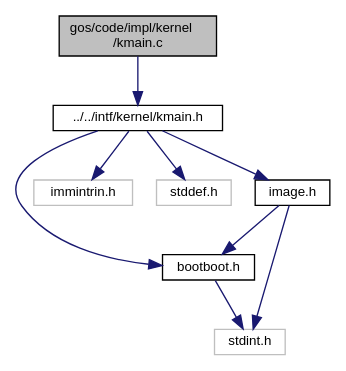
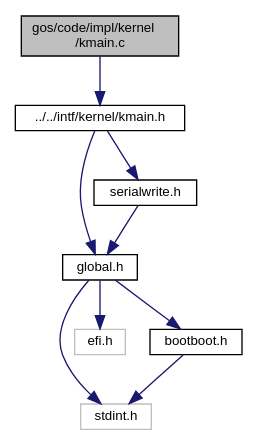
Before and after one commit to jrbuchanan02/garbage-os: the diagram in docs/kmain_8c__incl.dot, drawn with Graphviz. The commit also changed 73 other files, not shown here.

```diff
--- a/docs/kmain_8c__incl.dot
+++ b/docs/kmain_8c__incl.dot
@@ -1,22 +1,22 @@
 digraph "gos/code/impl/kernel/kmain.c"
 {
  // INTERACTIVE_SVG=YES
  // LATEX_PDF_SIZE
   edge [fontname="Helvetica",fontsize="10",labelfontname="Helvetica",labelfontsize="10"];
   node [fontname="Helvetica",fontsize="10",shape=record];
   Node1 [label="gos/code/impl/kernel\l/kmain.c",height=0.2,width=0.4,color="black", fillcolor="grey75", style="filled", fontcolor="black",tooltip="entry point for the operating system."];
   Node1 -> Node2 [color="midnightblue",fontsize="10",style="solid",fontname="Helvetica"];
   Node2 [label="../../intf/kernel/kmain.h",height=0.2,width=0.4,color="black", fillcolor="white", style="filled",URL="$kmain_8h.html",tooltip="File for what we include in the kmain.c file."];
   Node2 -> Node3 [color="midnightblue",fontsize="10",style="solid",fontname="Helvetica"];
-  Node3 [label="bootboot.h",height=0.2,width=0.4,color="black", fillcolor="white", style="filled",URL="$bootboot_8h_source.html",tooltip=" "];
+  Node3 [label="global.h",height=0.2,width=0.4,color="black", fillcolor="white", style="filled",URL="$global_8h.html",tooltip="contains the virtual addresses that the linker passes to the kernel's binary"];
   Node3 -> Node4 [color="midnightblue",fontsize="10",style="solid",fontname="Helvetica"];
   Node4 [label="stdint.h",height=0.2,width=0.4,color="grey75", fillcolor="white", style="filled",tooltip=" "];
-  Node2 -> Node5 [color="midnightblue",fontsize="10",style="solid",fontname="Helvetica"];
-  Node5 [label="immintrin.h",height=0.2,width=0.4,color="grey75", fillcolor="white", style="filled",tooltip=" "];
-  Node2 -> Node6 [color="midnightblue",fontsize="10",style="solid",fontname="Helvetica"];
-  Node6 [label="stddef.h",height=0.2,width=0.4,color="grey75", fillcolor="white", style="filled",tooltip=" "];
+  Node3 -> Node5 [color="midnightblue",fontsize="10",style="solid",fontname="Helvetica"];
+  Node5 [label="efi.h",height=0.2,width=0.4,color="grey75", fillcolor="white", style="filled",tooltip=" "];
+  Node3 -> Node6 [color="midnightblue",fontsize="10",style="solid",fontname="Helvetica"];
+  Node6 [label="bootboot.h",height=0.2,width=0.4,color="black", fillcolor="white", style="filled",URL="$bootboot_8h_source.html",tooltip=" "];
+  Node6 -> Node4 [color="midnightblue",fontsize="10",style="solid",fontname="Helvetica"];
   Node2 -> Node7 [color="midnightblue",fontsize="10",style="solid",fontname="Helvetica"];
-  Node7 [label="image.h",height=0.2,width=0.4,color="black", fillcolor="white", style="filled",URL="$image_8h.html",tooltip="Draws images and stuff."];
-  Node7 -> Node4 [color="midnightblue",fontsize="10",style="solid",fontname="Helvetica"];
+  Node7 [label="serialwrite.h",height=0.2,width=0.4,color="black", fillcolor="white", style="filled",URL="$serialwrite_8h.html",tooltip="contains declarations for writing to our debug port! (which will be com1?)"];
   Node7 -> Node3 [color="midnightblue",fontsize="10",style="solid",fontname="Helvetica"];
 }
```
